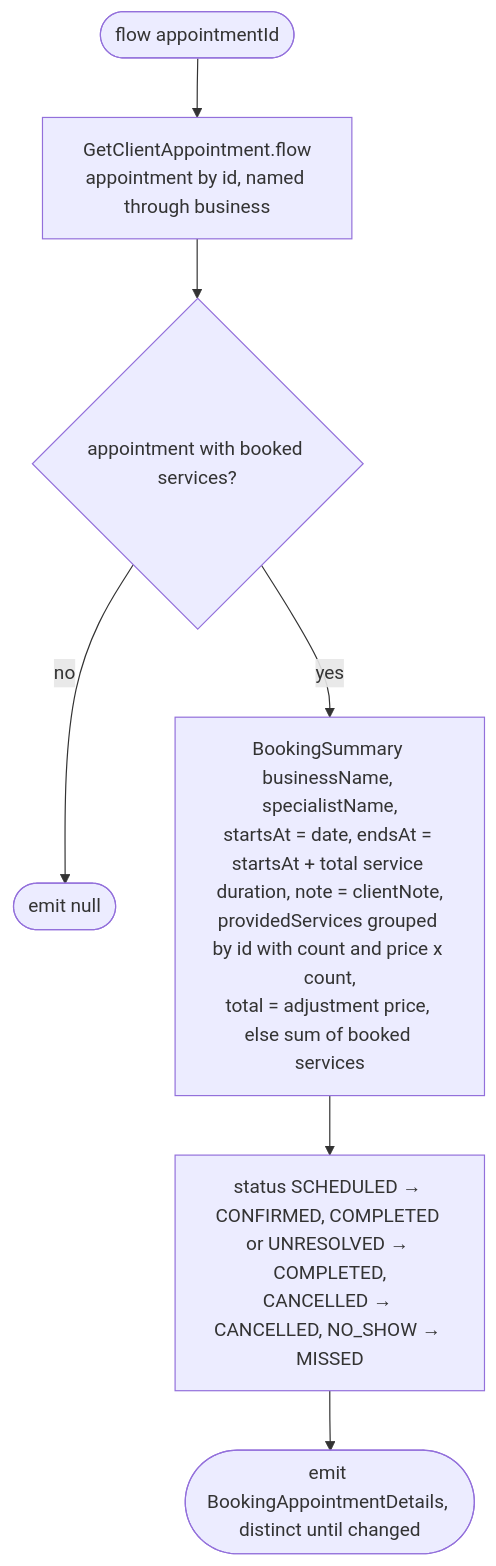
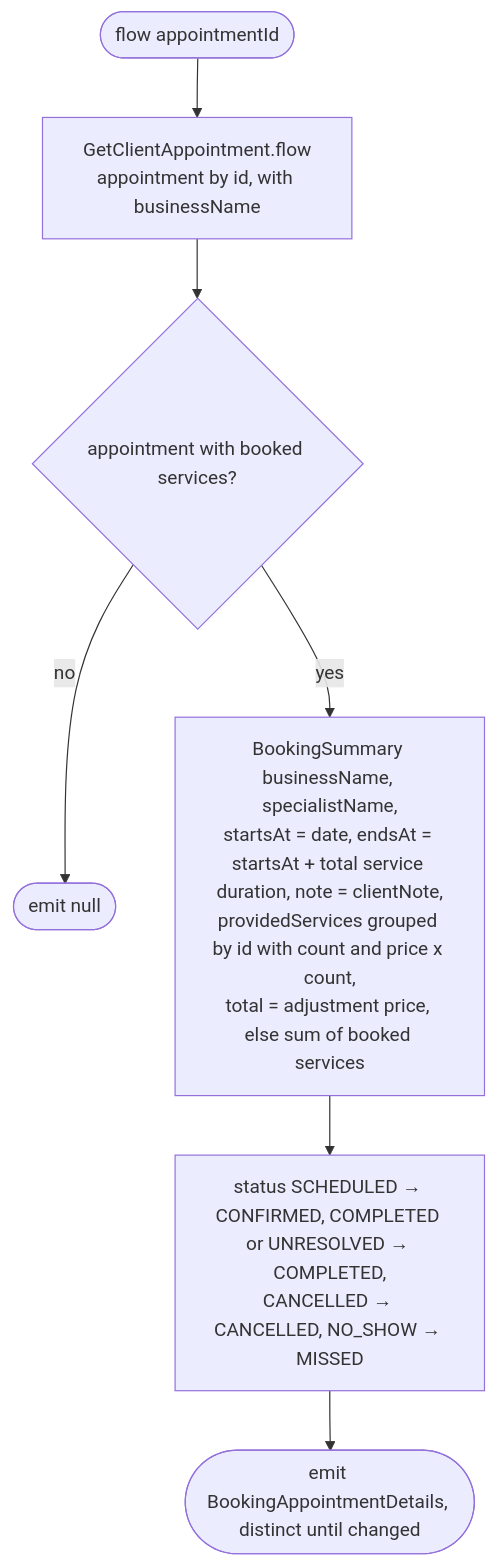
The diagram in docs/operations/booking/get-booking-appointment-details.md (nocturneproperties/bookkme-client), drawn with Mermaid before and after one commit. The commit also changed other lines of this file and 107 other files, not shown here.

````diff
--- a/docs/operations/booking/get-booking-appointment-details.md
+++ b/docs/operations/booking/get-booking-appointment-details.md
@@ -20,9 +20,9 @@
 ```mermaid
 flowchart TD
-    Start([flow appointmentId]) --> Read[GetClientAppointment.flow<br/>appointment by id, named through business]
+    Start([flow appointmentId]) --> Read[GetClientAppointment.flow<br/>appointment by id, with businessName]
     Read --> Cached{appointment with booked services?}
     Cached -- no --> Null([emit null])
     Cached -- yes --> Map[BookingSummary businessName, specialistName,<br/>startsAt = date, endsAt = startsAt + total service duration, note = clientNote,<br/>providedServices grouped by id with count and price x count,<br/>total = adjustment price, else sum of booked services]
     Map --> Status[status SCHEDULED → CONFIRMED, COMPLETED or UNRESOLVED → COMPLETED,<br/>CANCELLED → CANCELLED, NO_SHOW → MISSED]
     Status --> Emit([emit BookingAppointmentDetails, distinct until changed])
 ```
````
